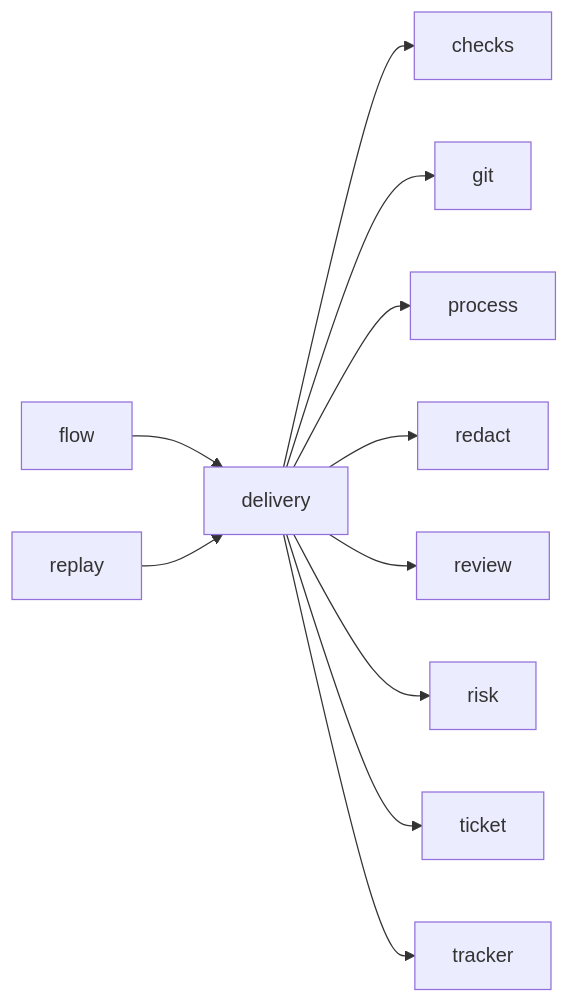
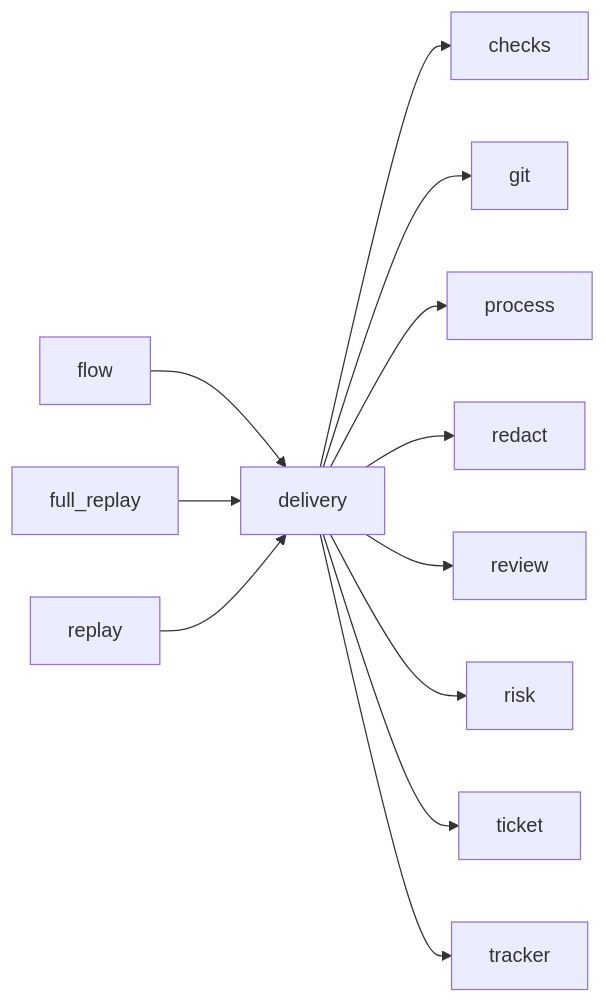
One commit to plaplanche/ariane changed the third of 3 diagrams in docs/architecture/modules/delivery.md. Above: the diagram before and after it, drawn with Mermaid. The commit also changed other lines of this file and 41 other files, not shown here.

Commit message:
#186: Sampled full replay, escapes and escape rate in ariane report (C9, C19)

````diff
--- a/docs/architecture/modules/delivery.md
+++ b/docs/architecture/modules/delivery.md
@@ -90,13 +90,14 @@
 ```mermaid
 flowchart LR
   delivery --> checks
   delivery --> git
   delivery --> process
   delivery --> redact
   delivery --> review
   delivery --> risk
   delivery --> ticket
   delivery --> tracker
   flow --> delivery
+  full_replay --> delivery
   replay --> delivery
 ```
````
